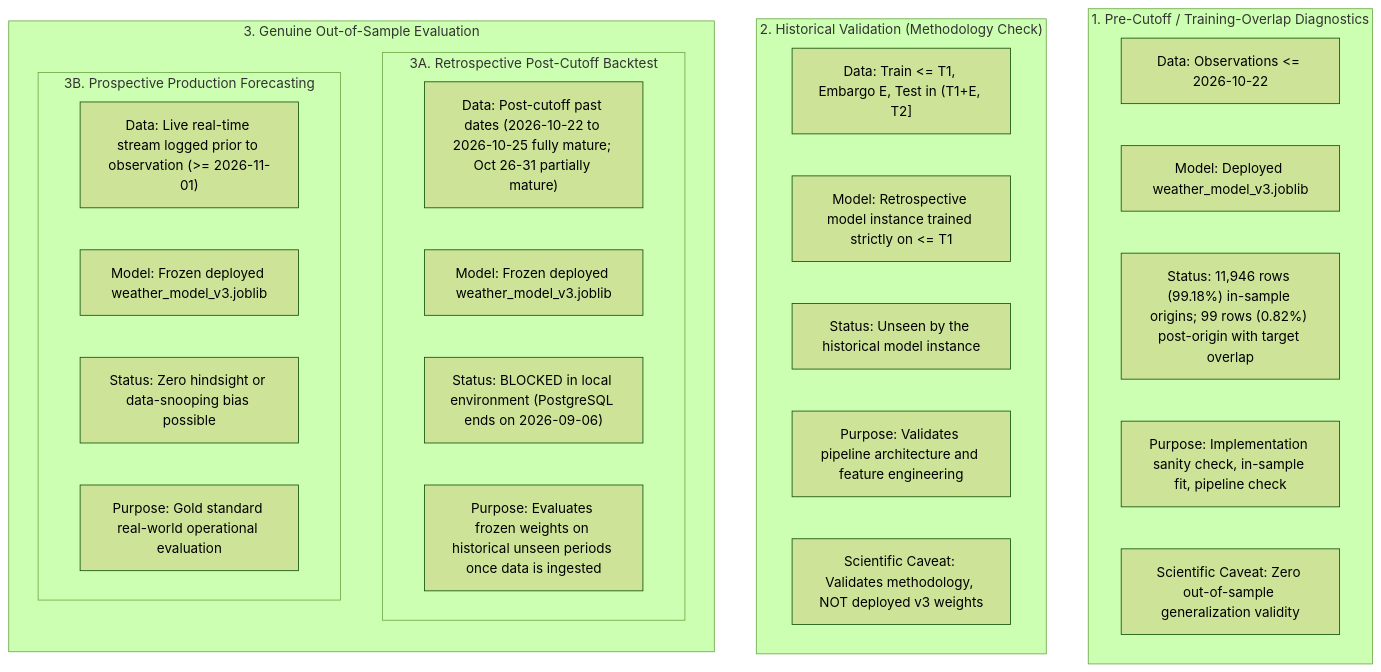
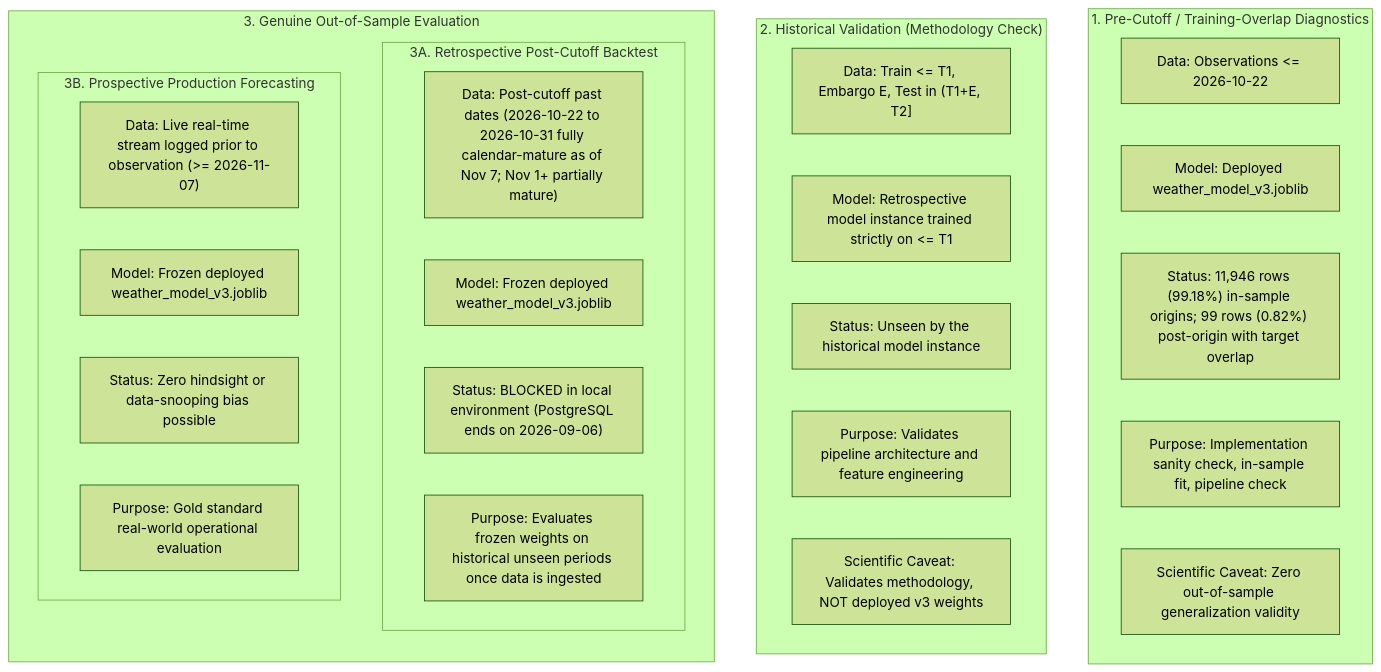
The diagram in docs/ml_audit_implementation_plan.md (Sujay-kulal/Weather-Forecasting-Using-Machine-Learning), drawn with Mermaid (forest theme) before and after one commit. The commit also changed other lines of this file, not shown here.

````diff
--- a/docs/ml_audit_implementation_plan.md
+++ b/docs/ml_audit_implementation_plan.md
@@ -26,34 +26,34 @@
 ```mermaid
 flowchart TD
     subgraph Diagnostics ["1. Pre-Cutoff / Training-Overlap Diagnostics"]
         D1["Data: Observations <= 2026-10-22"]
         D2["Model: Deployed weather_model_v3.joblib"]
         D3["Status: 11,946 rows (99.18%) in-sample origins; 99 rows (0.82%) post-origin with target overlap"]
         D4["Purpose: Implementation sanity check, in-sample fit, pipeline check"]
         D5["Scientific Caveat: Zero out-of-sample generalization validity"]
     end
 
     subgraph Retrospective ["2. Historical Validation (Methodology Check)"]
         R1["Data: Train <= T1, Embargo E, Test in (T1+E, T2]"]
         R2["Model: Retrospective model instance trained strictly on <= T1"]
         R3["Status: Unseen by the historical model instance"]
         R4["Purpose: Validates pipeline architecture and feature engineering"]
         R5["Scientific Caveat: Validates methodology, NOT deployed v3 weights"]
     end
 
     subgraph Independent ["3. Genuine Out-of-Sample Evaluation"]
         direction TB
         subgraph RetrospectivePostCutoff ["3A. Retrospective Post-Cutoff Backtest"]
-            I1["Data: Post-cutoff past dates (2026-10-22 to 2026-10-25 fully mature; Oct 26-31 partially mature)"]
+            I1["Data: Post-cutoff past dates (2026-10-22 to 2026-10-31 fully calendar-mature as of Nov 7; Nov 1+ partially mature)"]
             I2["Model: Frozen deployed weather_model_v3.joblib"]
             I3["Status: BLOCKED in local environment (PostgreSQL ends on 2026-09-06)"]
             I4["Purpose: Evaluates frozen weights on historical unseen periods once data is ingested"]
         end
         subgraph ProspectiveLive ["3B. Prospective Production Forecasting"]
-            P1["Data: Live real-time stream logged prior to observation (>= 2026-11-01)"]
+            P1["Data: Live real-time stream logged prior to observation (>= 2026-11-07)"]
             P2["Model: Frozen deployed weather_model_v3.joblib"]
             P3["Status: Zero hindsight or data-snooping bias possible"]
             P4["Purpose: Gold standard real-world operational evaluation"]
         end
     end
 ```
````
